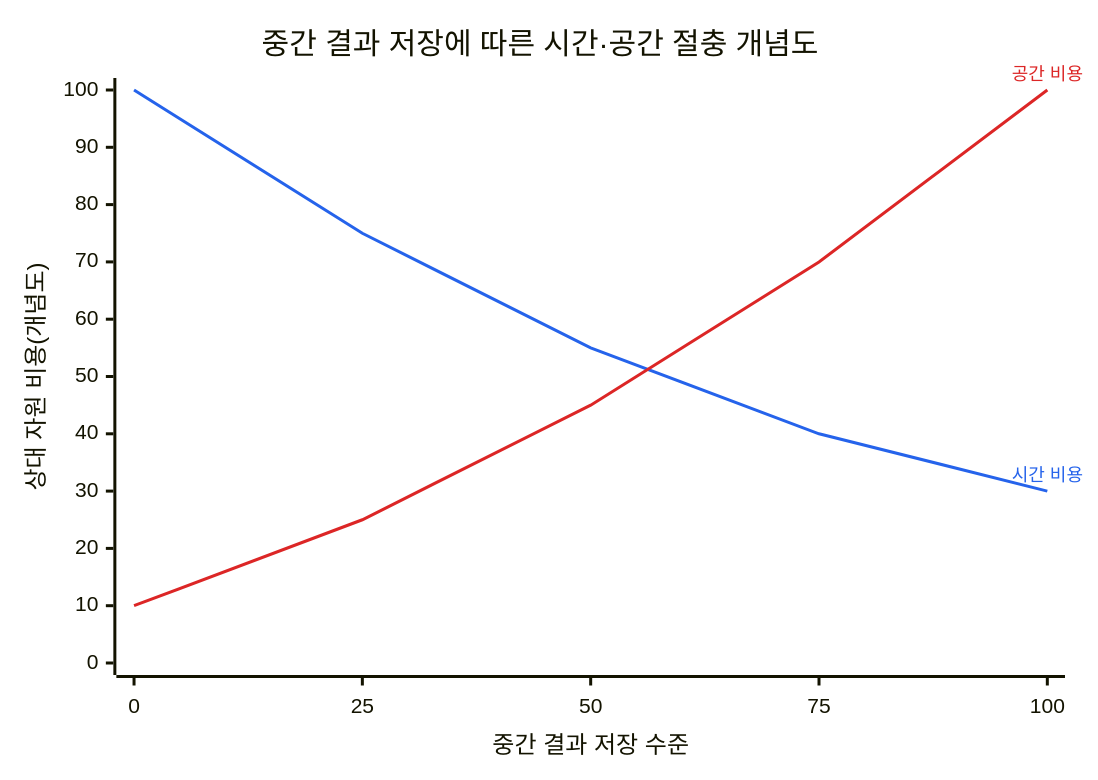
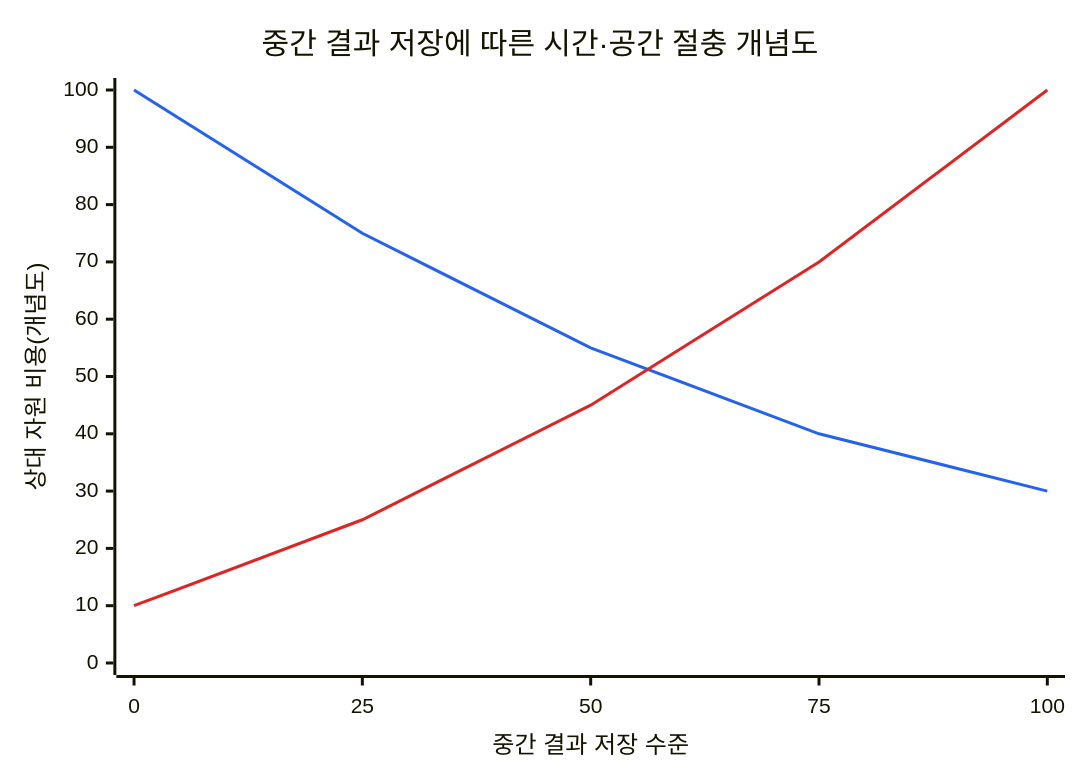
Before and after one commit to agnusdei1207/knowledge-base: the diagram in src/content/docs/notes/01-basic-theory/001_time_space_complexity.md, drawn with Mermaid. The commit also changed 4 other files, not shown here.

````diff
--- a/src/content/docs/notes/01-basic-theory/001_time_space_complexity.md
+++ b/src/content/docs/notes/01-basic-theory/001_time_space_complexity.md
@@ -49,14 +49,14 @@
 ```mermaid
 ---
 config:
   themeVariables:
     xyChart:
       plotColorPalette: "#2563EB, #DC2626"
 ---
 xychart-beta
     title "중간 결과 저장에 따른 시간·공간 절충 개념도"
     x-axis "중간 결과 저장 수준" [0, 25, 50, 75, 100]
     y-axis "상대 자원 비용(개념도)" 0 --> 100
-    line [100, 75, 55, 40, 30 "시간 비용"]
-    line [10, 25, 45, 70, 100 "공간 비용"]
+    line [100, 75, 55, 40, 30]
+    line [10, 25, 45, 70, 100]
 ```
````
